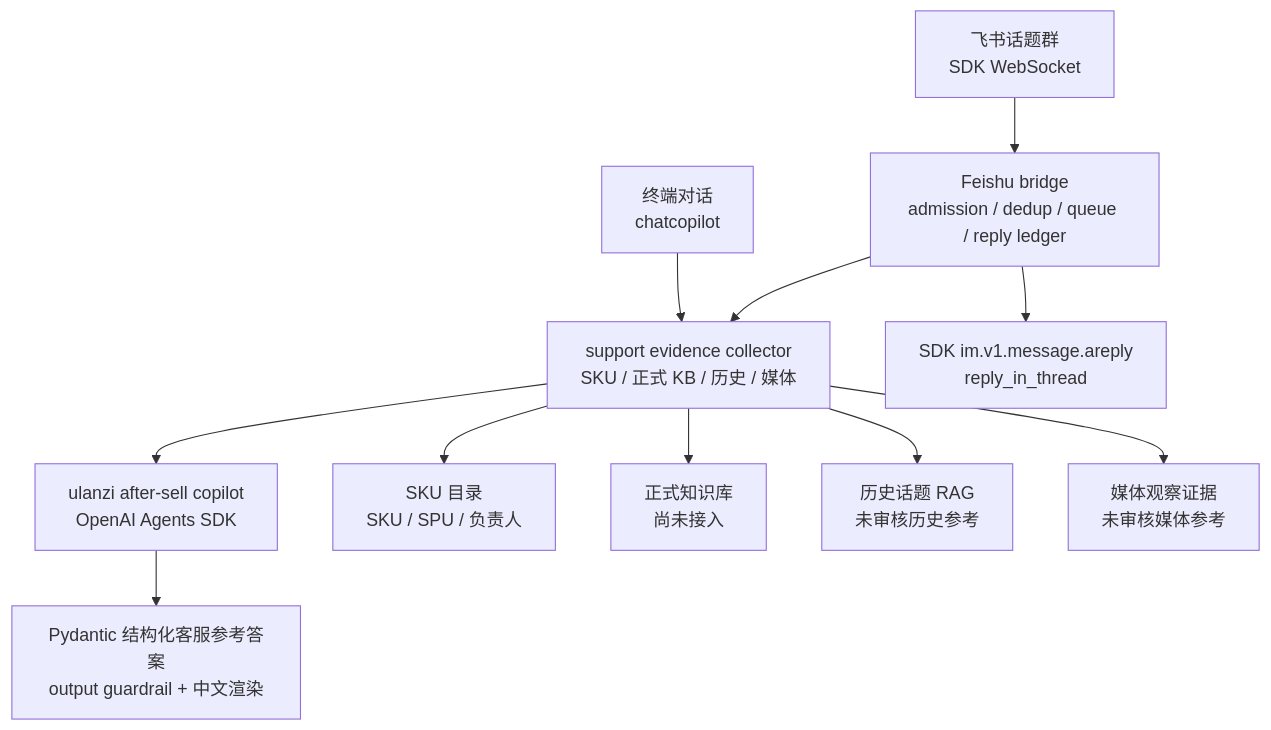
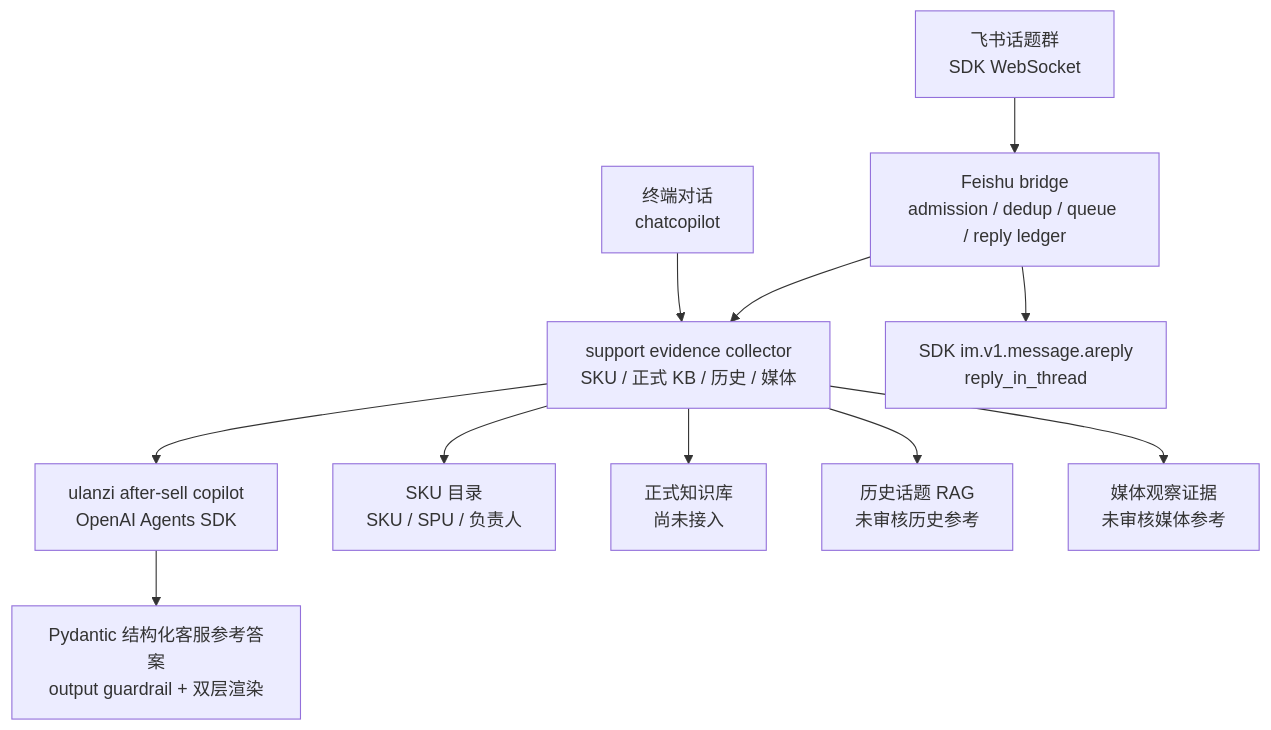
The diagram in README.md (ccchenhuohuo/after-sale-ai-agent), drawn with Mermaid before and after one commit. The commit also changed other lines of this file and 7 other files, not shown here.

````diff
--- a/README.md
+++ b/README.md
@@ -9,14 +9,14 @@
 ```mermaid
 flowchart TB
     cli["终端对话<br/>chatcopilot"]
     feishu["飞书话题群<br/>SDK WebSocket"] --> bridge["Feishu bridge<br/>admission / dedup / queue / reply ledger"]
     cli --> evidence["support evidence collector<br/>SKU / 正式 KB / 历史 / 媒体"]
     bridge --> evidence
     evidence --> agent["ulanzi after-sell copilot<br/>OpenAI Agents SDK"]
     bridge --> reply["SDK im.v1.message.areply<br/>reply_in_thread"]
     evidence --> sku["SKU 目录<br/>SKU / SPU / 负责人"]
     evidence --> official["正式知识库<br/>尚未接入"]
     evidence --> history["历史话题 RAG<br/>未审核历史参考"]
     evidence --> media["媒体观察证据<br/>未审核媒体参考"]
-    agent --> answer["Pydantic 结构化客服参考答案<br/>output guardrail + 中文渲染"]
+    agent --> answer["Pydantic 结构化客服参考答案<br/>output guardrail + 双层渲染"]
 ```
````
